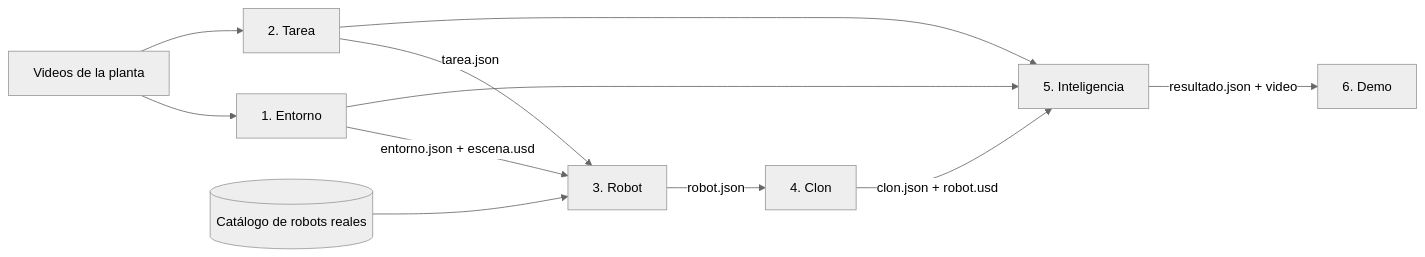
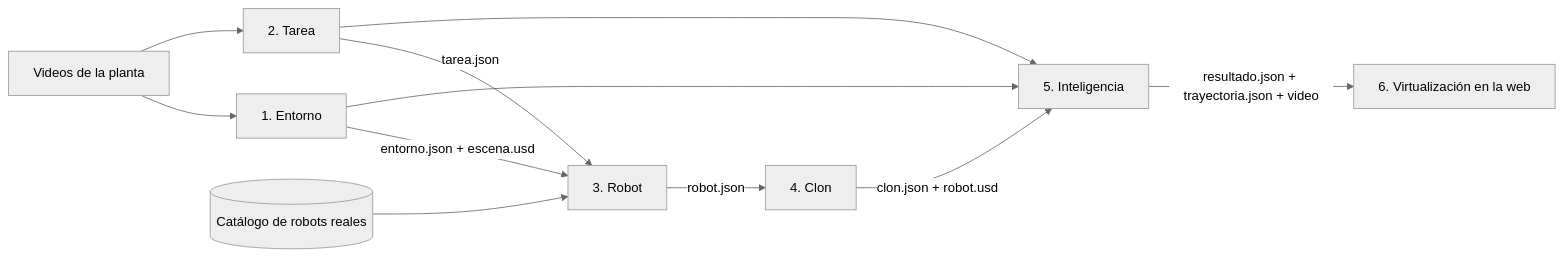
One commit to platanus-hack/platanus-hack-26-cl-team-4 changed the first of 5 diagrams in docs/arquitectura.md. Above: the diagram before and after it, drawn with Mermaid (neutral theme). The commit also changed other lines of this file and 1 other file, not shown here.

First line of the commit message:
docs: arquitectura web + nube (Vercel, Render, RTX 5090)

````diff
--- a/docs/arquitectura.md
+++ b/docs/arquitectura.md
@@ -13,13 +14,13 @@
 ```mermaid
 flowchart LR
   V[Videos de la planta] --> E[1. Entorno]
   V --> T[2. Tarea]
   E -->|entorno.json + escena.usd| R[3. Robot]
   T -->|tarea.json| R
   CAT[(Catálogo de robots reales)] --> R
   R -->|robot.json| C[4. Clon]
   C -->|clon.json + robot.usd| I[5. Inteligencia]
   E --> I
   T --> I
-  I -->|resultado.json + video| D[6. Demo]
+  I -->|resultado.json + trayectoria.json + video| D[6. Virtualización en la web]
 ```
````
